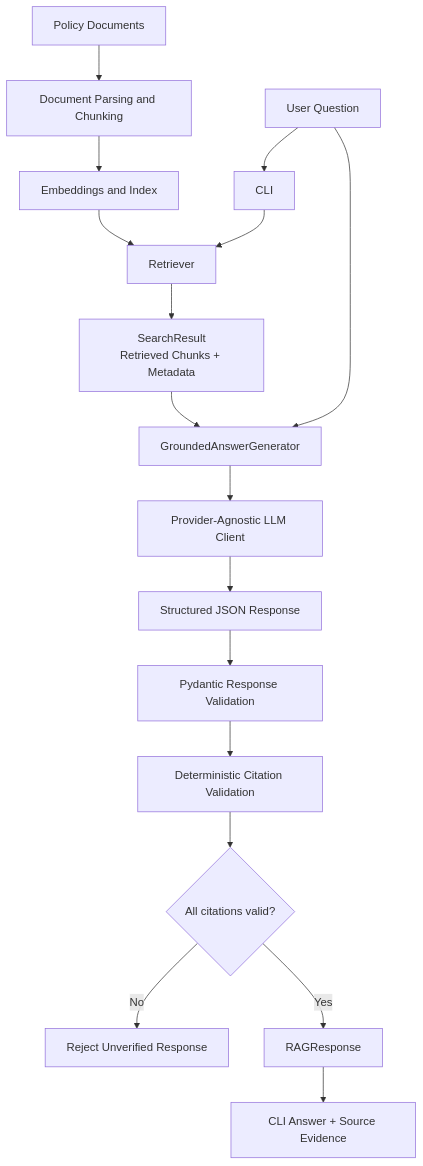
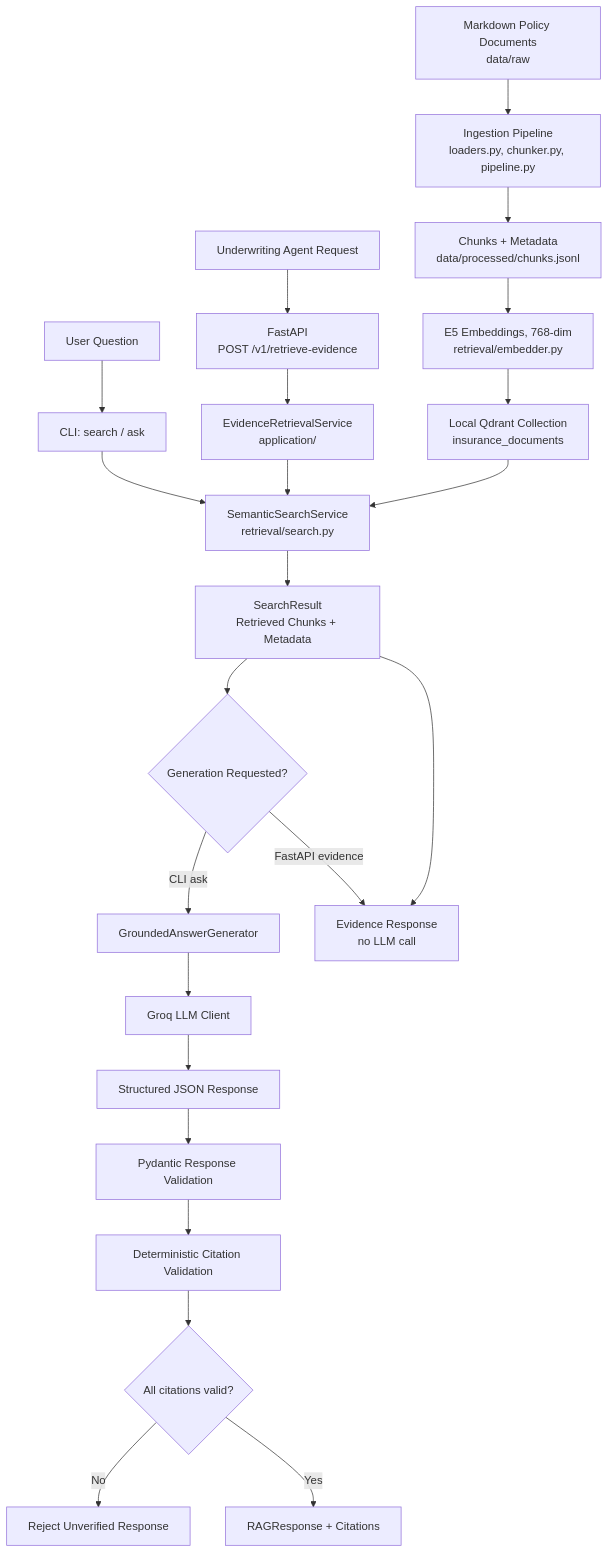
The first of 4 diagrams in docs/architecture/system-architecture.md (Kwame-K/insurance-rag-assistant), drawn with Mermaid before and after one commit. The commit also changed other lines of this file and 1 other file, not shown here.

Commit message:
docs: Updated architecture and readme

````diff
--- a/docs/architecture/system-architecture.md
+++ b/docs/architecture/system-architecture.md
@@ -23,23 +22,29 @@
 ```mermaid
 flowchart TD
-    A[Policy Documents] --> B[Document Parsing and Chunking]
-    B --> C[Embeddings and Index]
+    A[Markdown Policy Documents<br/>data/raw] --> B[Ingestion Pipeline<br/>loaders.py, chunker.py, pipeline.py]
+    B --> C[Chunks + Metadata<br/>data/processed/chunks.jsonl]
+    C --> D[E5 Embeddings, 768-dim<br/>retrieval/embedder.py]
+    D --> E[Local Qdrant Collection<br/>insurance_documents]
 
-    D[User Question] --> E[CLI]
-    E --> F[Retriever]
-    C --> F
-    F --> G[SearchResult\nRetrieved Chunks + Metadata]
+    F[User Question] --> G[CLI: search / ask]
+    H[Underwriting Agent Request] --> I[FastAPI<br/>POST /v1/retrieve-evidence]
 
-    G --> H[GroundedAnswerGenerator]
-    D --> H
-    H --> I[Provider-Agnostic LLM Client]
-    I --> J[Structured JSON Response]
+    G --> J[SemanticSearchService<br/>retrieval/search.py]
+    I --> K[EvidenceRetrievalService<br/>application/]
+    K --> J
+    E --> J
+    J --> L[SearchResult<br/>Retrieved Chunks + Metadata]
 
-    J --> K[Pydantic Response Validation]
-    K --> L[Deterministic Citation Validation]
+    L --> M{Generation Requested?}
+    M -- CLI ask --> N[GroundedAnswerGenerator]
+    N --> O[Groq LLM Client]
+    O --> P[Structured JSON Response]
+    P --> Q[Pydantic Response Validation]
+    Q --> R[Deterministic Citation Validation]
+    R --> S{All citations valid?}
+    S -- No --> T[Reject Unverified Response]
+    S -- Yes --> U[RAGResponse + Citations]
 
-    L --> M{All citations valid?}
-    M -- No --> N[Reject Unverified Response]
-    M -- Yes --> O[RAGResponse]
-    O --> P[CLI Answer + Source Evidence]
+    M -- FastAPI evidence --> V[Evidence Response<br/>no LLM call]
+    L --> V
 ```
````
